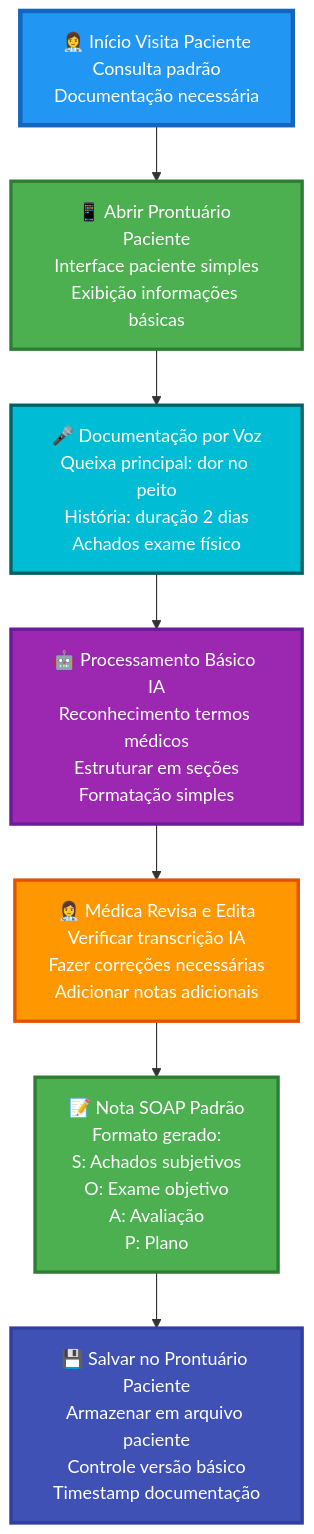
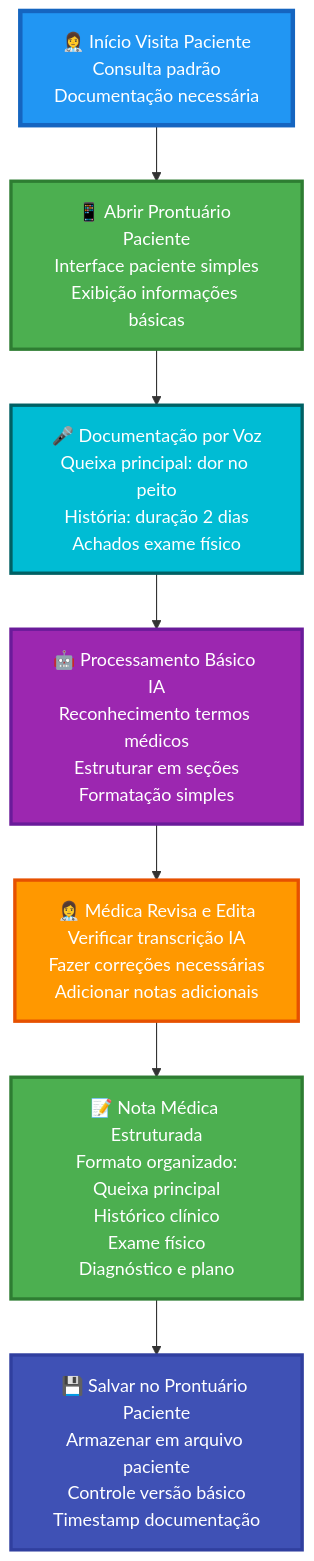
The fifth of 5 diagrams in USE-CASES.md (brunovlucena/prontuario), drawn with Mermaid before and after one commit. The commit also changed other lines of this file, not shown here.

````diff
--- a/USE-CASES.md
+++ b/USE-CASES.md
@@ -230,31 +230,31 @@
 ```mermaid
 flowchart TD
     PatientVisit["👩‍⚕️ Início Visita Paciente<br/>Consulta padrão<br/>Documentação necessária"]
 
     OpenRecord["📱 Abrir Prontuário Paciente<br/>Interface paciente simples<br/>Exibição informações básicas"]
 
     VoiceNote["🎤 Documentação por Voz<br/>Queixa principal: dor no peito<br/>História: duração 2 dias<br/>Achados exame físico"]
 
     BasicProcessing["🤖 Processamento Básico IA<br/>Reconhecimento termos médicos<br/>Estruturar em seções<br/>Formatação simples"]
 
     ReviewEdit["👩‍⚕️ Médica Revisa e Edita<br/>Verificar transcrição IA<br/>Fazer correções necessárias<br/>Adicionar notas adicionais"]
 
-    BasicNote["📝 Nota SOAP Padrão<br/>Formato gerado:<br/>S: Achados subjetivos<br/>O: Exame objetivo<br/>A: Avaliação<br/>P: Plano"]
+    BasicNote["📝 Nota Médica Estruturada<br/>Formato organizado:<br/>Queixa principal<br/>Histórico clínico<br/>Exame físico<br/>Diagnóstico e plano"]
 
     SaveRecord["💾 Salvar no Prontuário Paciente<br/>Armazenar em arquivo paciente<br/>Controle versão básico<br/>Timestamp documentação"]
 
     PatientVisit --> OpenRecord
     OpenRecord --> VoiceNote
     VoiceNote --> BasicProcessing
     BasicProcessing --> ReviewEdit
     ReviewEdit --> BasicNote
     BasicNote --> SaveRecord
 
     style PatientVisit fill:#2196F3,stroke:#1565C0,stroke-width:4px,color:#fff
     style OpenRecord fill:#4CAF50,stroke:#2E7D32,stroke-width:3px,color:#fff
     style VoiceNote fill:#00BCD4,stroke:#006064,stroke-width:3px,color:#fff
     style BasicProcessing fill:#9C27B0,stroke:#6A1B9A,stroke-width:3px,color:#fff
     style ReviewEdit fill:#FF9800,stroke:#E65100,stroke-width:3px,color:#fff
     style BasicNote fill:#4CAF50,stroke:#2E7D32,stroke-width:3px,color:#fff
     style SaveRecord fill:#3F51B5,stroke:#303F9F,stroke-width:3px,color:#fff
 ```
````
